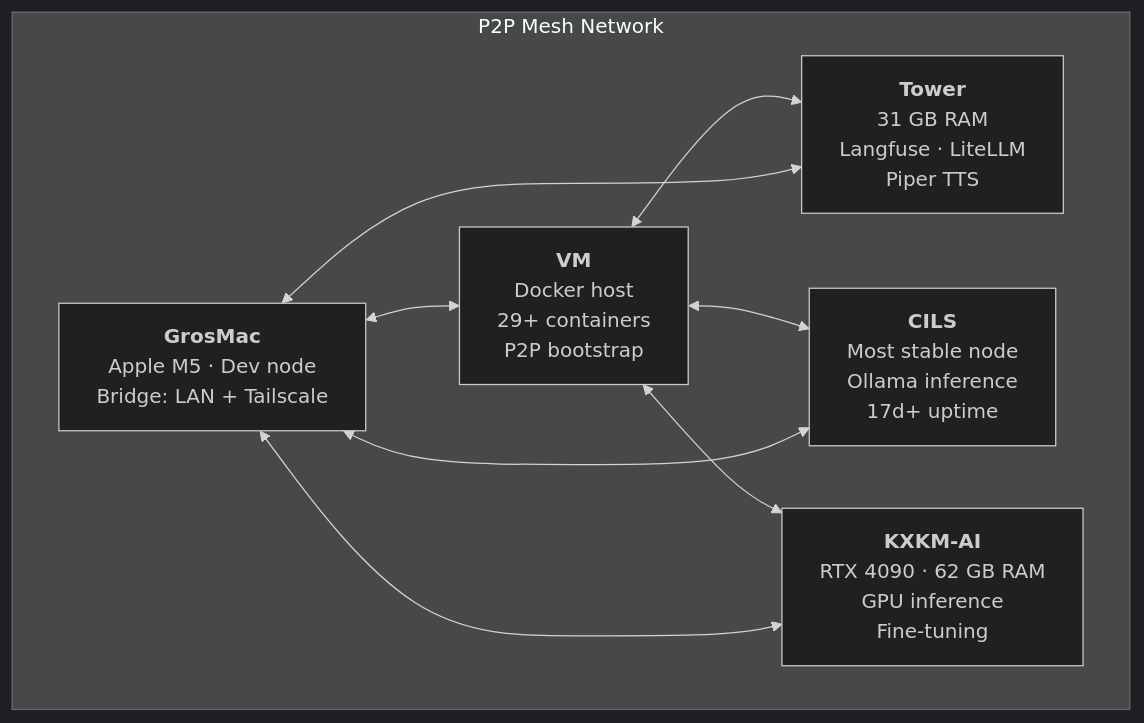
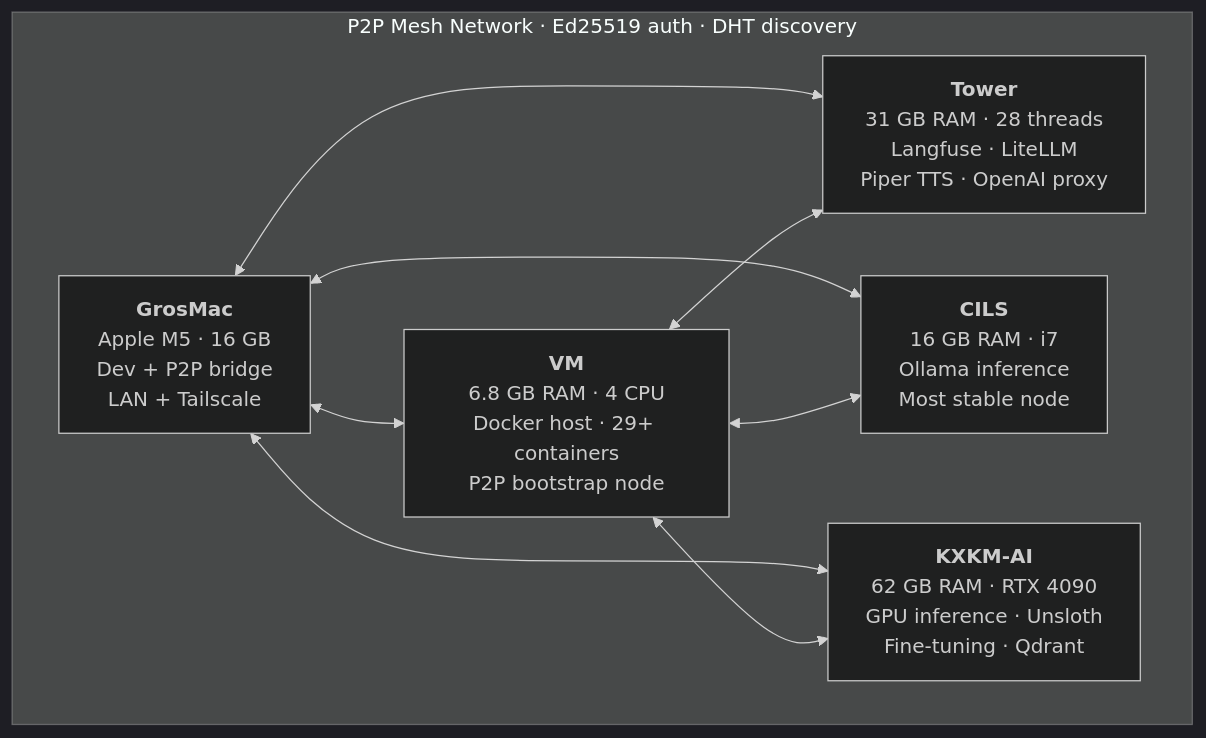
One commit to L-electron-Rare/.github changed the second of 2 diagrams in profile/README.md. Above: the diagram before and after it, drawn with Mermaid (dark theme). The commit also changed other lines of this file, not shown here.

Commit message:
Rewrite org README: unified mermaid showing both ecosystems, detailed infra diagram

````diff
--- a/profile/README.md
+++ b/profile/README.md
@@ -75,18 +102,18 @@
 ```mermaid
 flowchart TB
-    subgraph mesh["P2P Mesh Network"]
-        GM["<b>GrosMac</b><br/>Apple M5 · Dev node<br/>Bridge: LAN + Tailscale"]
-        VM["<b>VM</b><br/>Docker host<br/>29+ containers<br/>P2P bootstrap"]
-        TW["<b>Tower</b><br/>31 GB RAM<br/>Langfuse · LiteLLM<br/>Piper TTS"]
-        CI["<b>CILS</b><br/>Most stable node<br/>Ollama inference<br/>17d+ uptime"]
-        KX["<b>KXKM-AI</b><br/>RTX 4090 · 62 GB RAM<br/>GPU inference<br/>Fine-tuning"]
+    subgraph mesh["P2P Mesh Network · Ed25519 auth · DHT discovery"]
+        GM["<b>GrosMac</b><br/>Apple M5 · 16 GB<br/>Dev + P2P bridge<br/>LAN + Tailscale"]
+        VM["<b>VM</b><br/>6.8 GB RAM · 4 CPU<br/>Docker host · 29+ containers<br/>P2P bootstrap node"]
+        TW["<b>Tower</b><br/>31 GB RAM · 28 threads<br/>Langfuse · LiteLLM<br/>Piper TTS · OpenAI proxy"]
+        CI["<b>CILS</b><br/>16 GB RAM · i7<br/>Ollama inference<br/>Most stable node"]
+        KX["<b>KXKM-AI</b><br/>62 GB RAM · RTX 4090<br/>GPU inference · Unsloth<br/>Fine-tuning · Qdrant"]
     end
 
     GM <--> VM
+    GM <--> TW
+    GM <--> CI
+    GM <--> KX
     VM <--> TW
     VM <--> CI
     VM <--> KX
-    GM <--> TW
-    GM <--> CI
-    GM <--> KX
 ```
````
